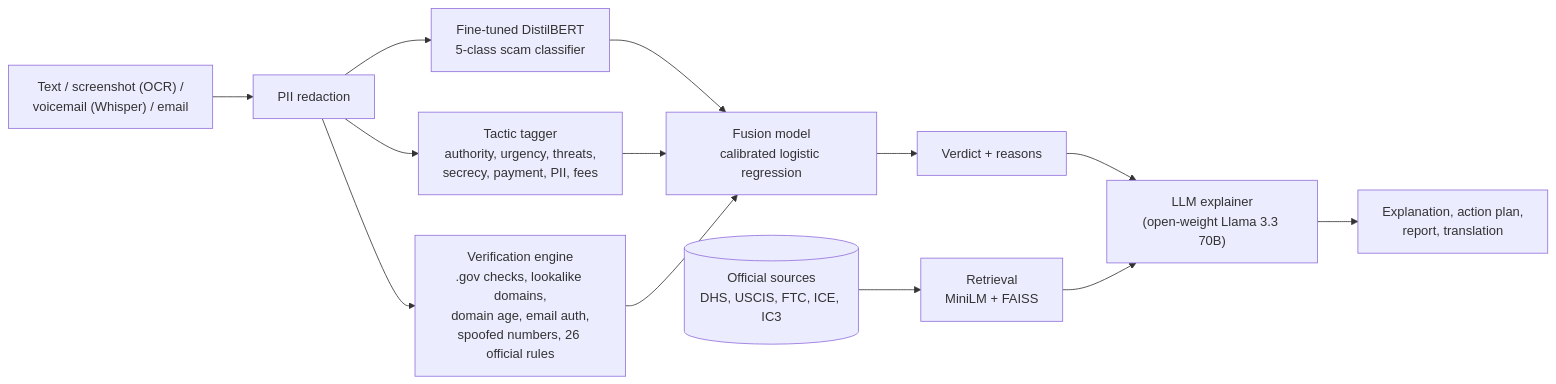
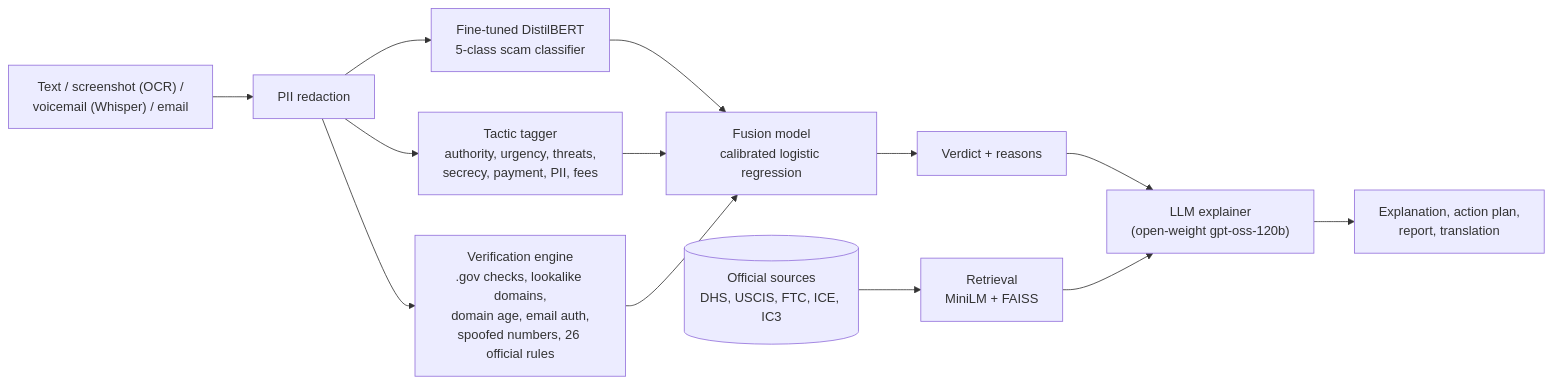
The diagram in README.md (preksha2166/visashield), drawn with Mermaid before and after one commit. The commit also changed other lines of this file and 1 other file, not shown here.

````diff
--- a/README.md
+++ b/README.md
@@ -34,15 +34,15 @@
 ```mermaid
 flowchart LR
     IN["Text / screenshot (OCR) /<br/>voicemail (Whisper) / email"] --> R["PII redaction"]
     R --> C["Fine-tuned DistilBERT<br/>5-class scam classifier"]
     R --> T["Tactic tagger<br/>authority, urgency, threats,<br/>secrecy, payment, PII, fees"]
     R --> V["Verification engine<br/>.gov checks, lookalike domains,<br/>domain age, email auth,<br/>spoofed numbers, 26 official rules"]
     C --> F["Fusion model<br/>calibrated logistic regression"]
     T --> F
     V --> F
     F --> X["Verdict + reasons"]
     KB[("Official sources<br/>DHS, USCIS, FTC, ICE, IC3")] --> RAG["Retrieval<br/>MiniLM + FAISS"]
-    X --> L["LLM explainer<br/>(open-weight Llama 3.3 70B)"]
+    X --> L["LLM explainer<br/>(open-weight gpt-oss-120b)"]
     RAG --> L
     L --> OUT["Explanation, action plan,<br/>report, translation"]
 ```
````
